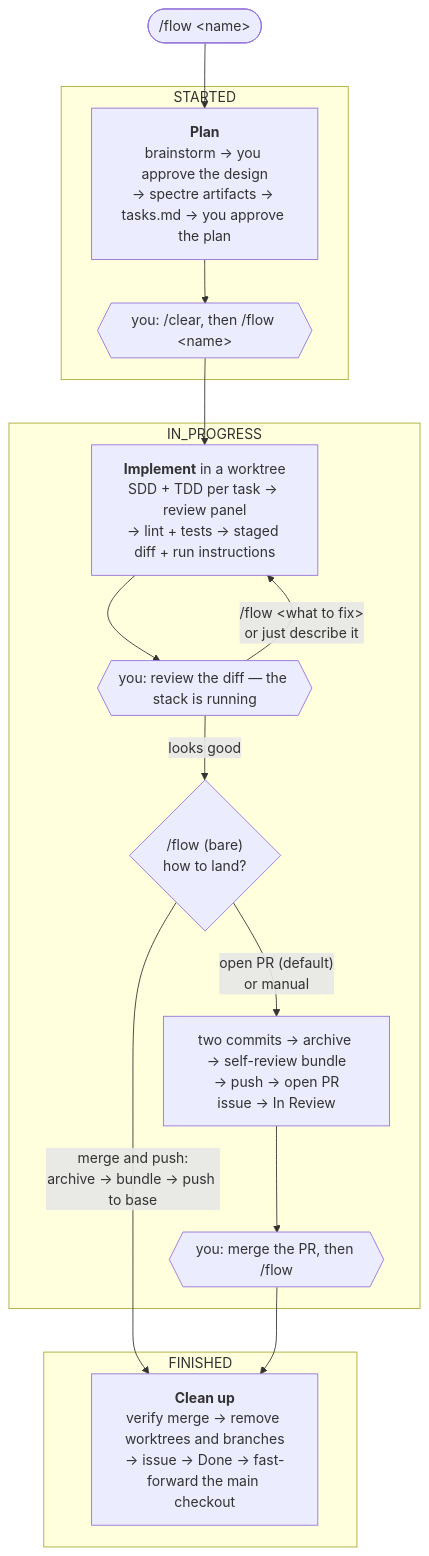
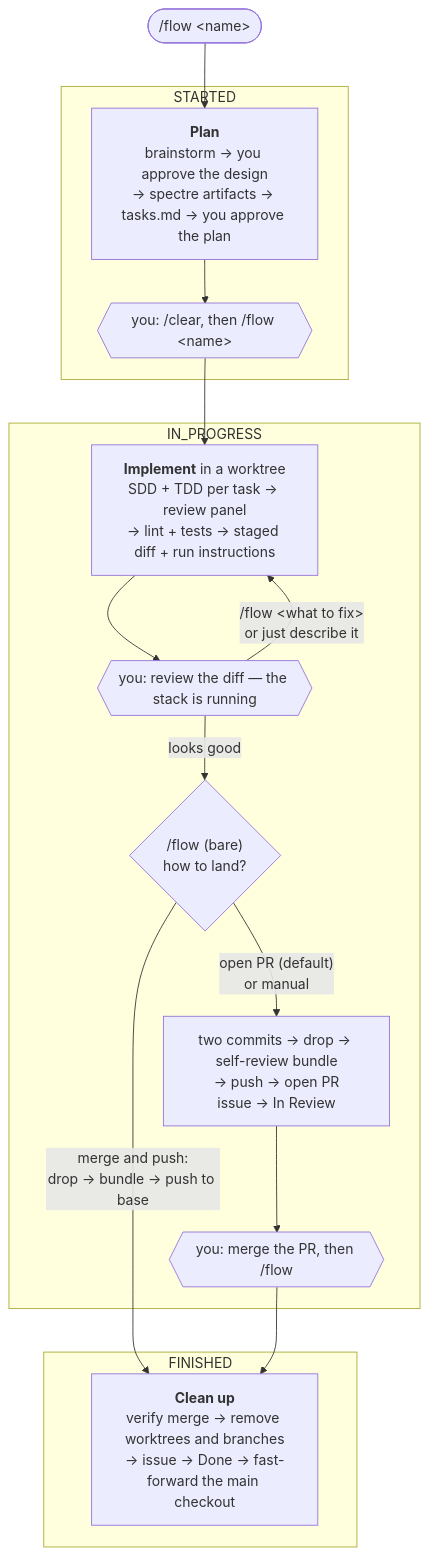
The diagram in README.md (tweety53/agents), drawn with Mermaid before and after one commit. The commit also changed other lines of this file and 111 other files, not shown here.

First line of the commit message:
feat(flow): drop the change directory at land instead of archiving it

````diff
--- a/README.md
+++ b/README.md
@@ -64,32 +64,32 @@
 ```mermaid
 flowchart TD
     kick(["/flow #lt;name#gt;"]) --> plan
 
     subgraph S1 ["STARTED"]
         plan["<b>Plan</b><br/>brainstorm → you approve the design<br/>→ spectre artifacts → tasks.md → you approve the plan"]
         g1{{"you: /clear, then /flow #lt;name#gt;"}}
         plan --> g1
     end
 
     g1 --> impl
 
     subgraph S2 ["IN_PROGRESS"]
         impl["<b>Implement</b> in a worktree<br/>SDD + TDD per task → review panel<br/>→ lint + tests → staged diff + run instructions"]
         g2{{"you: review the diff — the stack is running"}}
         land{"/flow (bare)<br/>how to land?"}
-        pr["two commits → archive → self-review bundle<br/>→ push → open PR<br/>issue → In Review"]
+        pr["two commits → drop → self-review bundle<br/>→ push → open PR<br/>issue → In Review"]
         g3{{"you: merge the PR, then /flow"}}
         impl --> g2
         g2 -- "/flow #lt;what to fix#gt;<br/>or just describe it" --> impl
         g2 -- "looks good" --> land
         land -- "open PR (default)<br/>or manual" --> pr
         pr --> g3
     end
 
     subgraph S3 ["FINISHED"]
         cleanup["<b>Clean up</b><br/>verify merge → remove worktrees and branches<br/>→ issue → Done → fast-forward the main checkout"]
     end
 
-    land -- "merge and push:<br/>archive → bundle → push to base" --> cleanup
+    land -- "merge and push:<br/>drop → bundle → push to base" --> cleanup
     g3 --> cleanup
 ```
````
